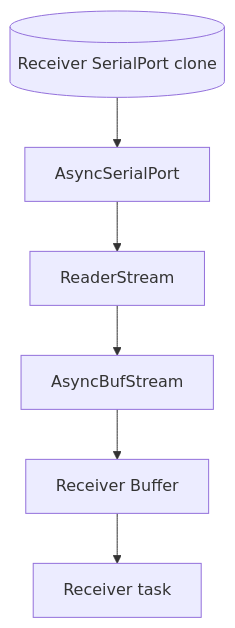
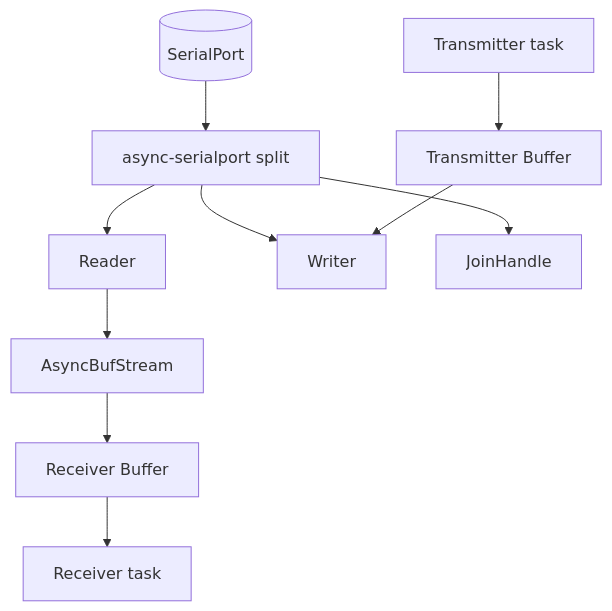
One commit to PaulmannLighting/ashv2 changed the fourth of 4 diagrams in ARCHITECTURE.md. Above: the diagram before and after it, drawn with Mermaid. The commit also changed other lines of this file and 4 other files, not shown here.

````diff
--- a/ARCHITECTURE.md
+++ b/ARCHITECTURE.md
@@ -139,15 +148,23 @@
 ```mermaid
 flowchart TD
-    Port[(Receiver SerialPort clone)]
-    Adapter[AsyncSerialPort]
-    Reader[ReaderStream]
+    Port[(SerialPort)]
+    Split[async-serialport split]
+    Reader[Reader]
+    Writer[Writer]
+    Join[JoinHandle]
     Bytes[AsyncBufStream]
-    Buffer[Receiver Buffer]
+    RxBuffer[Receiver Buffer]
+    TxBuffer[Transmitter Buffer]
     Receiver[Receiver task]
+    Transmitter[Transmitter task]
 
-    Port --> Adapter
-    Adapter --> Reader
+    Port --> Split
+    Split --> Reader
+    Split --> Writer
+    Split --> Join
     Reader --> Bytes
-    Bytes --> Buffer
-    Buffer --> Receiver
+    Bytes --> RxBuffer
+    RxBuffer --> Receiver
+    Transmitter --> TxBuffer
+    TxBuffer --> Writer
 ```
````
